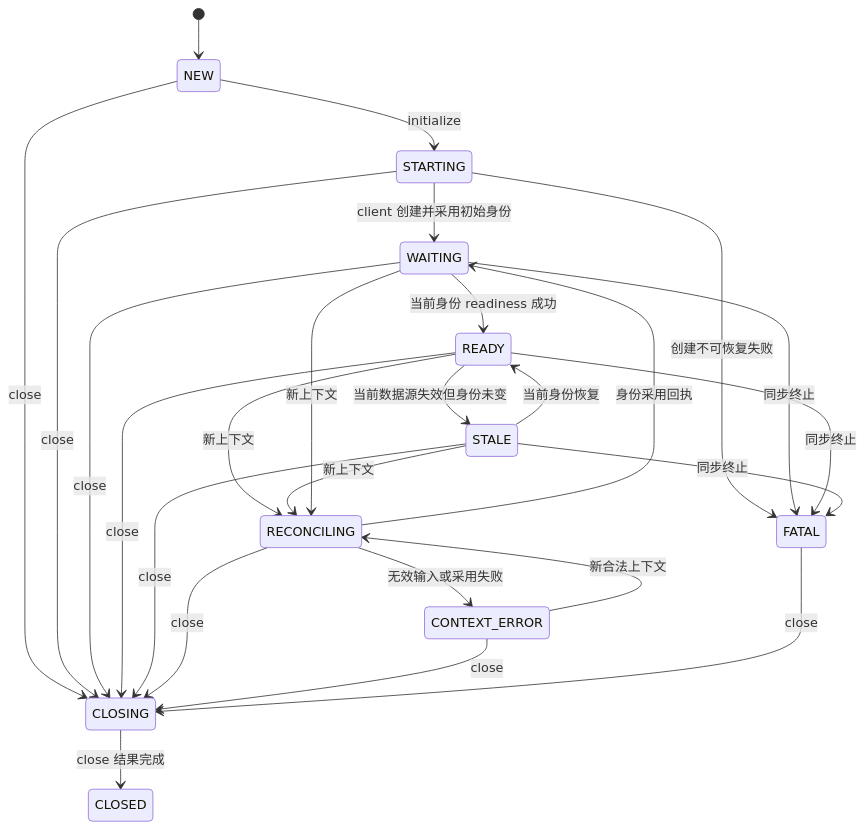
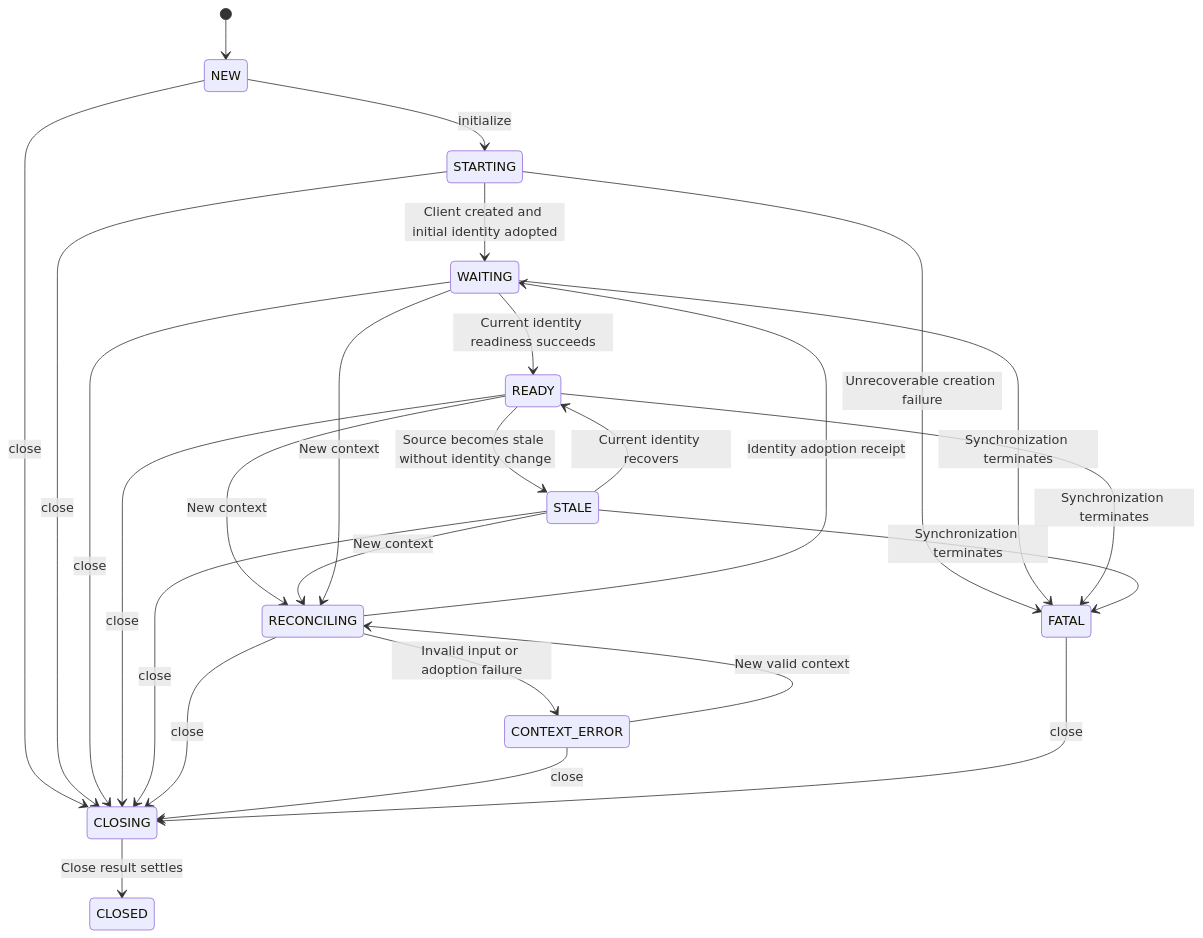
Before and after one commit to featbit/openfeature-provider-android-client: the second of 3 diagrams in docs/architecture.md, drawn with Mermaid. The commit also changed other lines of this file and 90 other files, not shown here.

````diff
--- a/docs/architecture.md
+++ b/docs/architecture.md
@@ -79,28 +79,28 @@
 ```mermaid
 stateDiagram-v2
     [*] --> NEW
     NEW --> STARTING: initialize
-    STARTING --> WAITING: client 创建并采用初始身份
-    WAITING --> READY: 当前身份 readiness 成功
-    READY --> STALE: 当前数据源失效但身份未变
-    STALE --> READY: 当前身份恢复
-    READY --> RECONCILING: 新上下文
-    STALE --> RECONCILING: 新上下文
-    WAITING --> RECONCILING: 新上下文
-    RECONCILING --> WAITING: 身份采用回执
-    RECONCILING --> CONTEXT_ERROR: 无效输入或采用失败
-    CONTEXT_ERROR --> RECONCILING: 新合法上下文
-    STARTING --> FATAL: 创建不可恢复失败
-    WAITING --> FATAL: 同步终止
-    READY --> FATAL: 同步终止
-    STALE --> FATAL: 同步终止
+    STARTING --> WAITING: Client created and initial identity adopted
+    WAITING --> READY: Current identity readiness succeeds
+    READY --> STALE: Source becomes stale without identity change
+    STALE --> READY: Current identity recovers
+    READY --> RECONCILING: New context
+    STALE --> RECONCILING: New context
+    WAITING --> RECONCILING: New context
+    RECONCILING --> WAITING: Identity adoption receipt
+    RECONCILING --> CONTEXT_ERROR: Invalid input or adoption failure
+    CONTEXT_ERROR --> RECONCILING: New valid context
+    STARTING --> FATAL: Unrecoverable creation failure
+    WAITING --> FATAL: Synchronization terminates
+    READY --> FATAL: Synchronization terminates
+    STALE --> FATAL: Synchronization terminates
     NEW --> CLOSING: close
     STARTING --> CLOSING: close
     WAITING --> CLOSING: close
     READY --> CLOSING: close
     STALE --> CLOSING: close
     RECONCILING --> CLOSING: close
     CONTEXT_ERROR --> CLOSING: close
     FATAL --> CLOSING: close
-    CLOSING --> CLOSED: close 结果完成
+    CLOSING --> CLOSED: Close result settles
 ```
````
